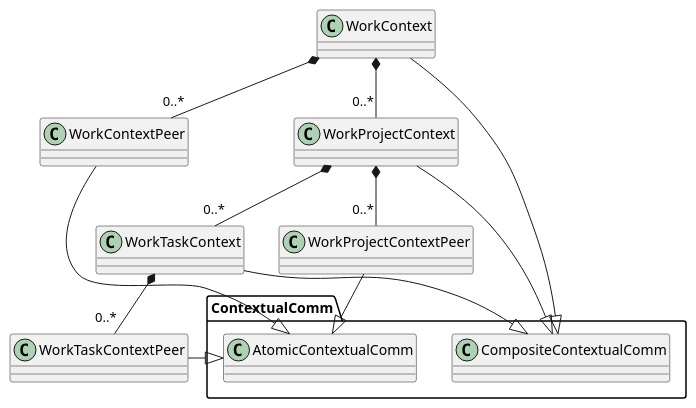
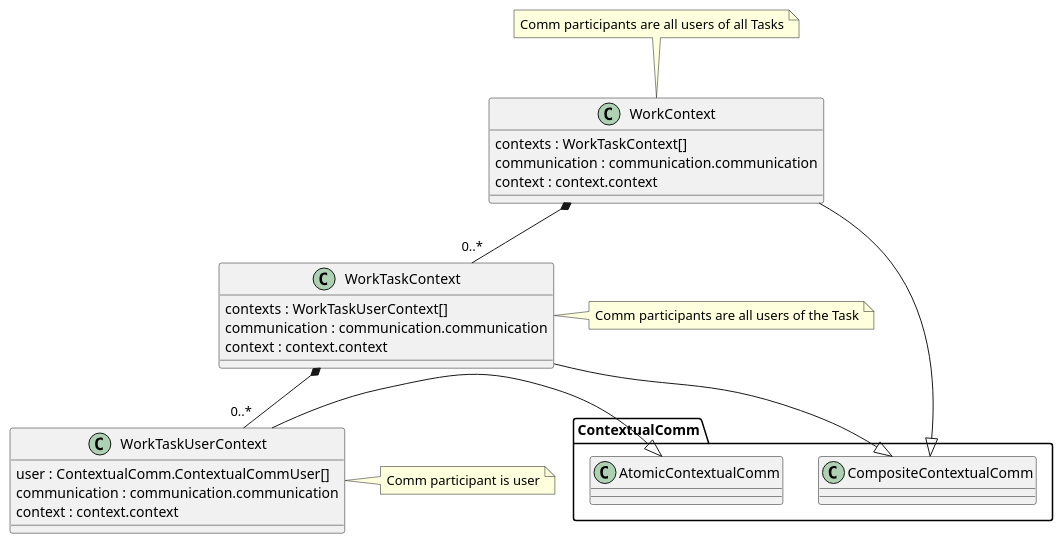
Before and after one commit to reTHINK-project/dev-smart-contextual-assistance-app: the diagram in docs/contextual-work-comm.puml, drawn with PlantUML. The commit also changed 10 other files, not shown here.

Commit message:
contextual comm model update

```diff
--- a/docs/contextual-work-comm.puml
+++ b/docs/contextual-work-comm.puml
@@ -1,29 +1,38 @@
 @startuml "work-context-design.png"
 
   class WorkContext {
+  contexts : WorkTaskContext[]
+  communication : communication.communication
+  context : context.context
   }
 
-  class WorkProjectContext {
+  note top : Comm participants are all users of all Tasks
+
+  class WorkTaskContext {
+  contexts : WorkTaskUserContext[]
+  communication : communication.communication
+  context : context.context
   }
 
-  class WorkTaskContext {
+  note right : Comm participants are all users of the Task
+
+  class WorkTaskUserContext {
+  user : ContextualComm.ContextualCommUser[]
+  communication : communication.communication
+  context : context.context
   }
+
+  note right : Comm participant is user
+
 
   WorkContext -|> ContextualComm.CompositeContextualComm
 
-	WorkContext *-down- "0..*" WorkProjectContext
-	WorkProjectContext *-down- "0..*" WorkTaskContext
+	WorkContext *-down- "0..*" WorkTaskContext
 
-
-  WorkProjectContext -|> ContextualComm.CompositeContextualComm
   WorkTaskContext -|> ContextualComm.CompositeContextualComm
 
-	WorkTaskContext *-- "0..*" WorkTaskContextPeer
-	WorkProjectContext *-- "0..*" WorkProjectContextPeer
-	WorkContext *-- "0..*" WorkContextPeer
+	WorkTaskContext *-- "0..*" WorkTaskUserContext
 
-	WorkTaskContextPeer -|> ContextualComm.AtomicContextualComm
-  WorkProjectContextPeer -|> ContextualComm.AtomicContextualComm
-  WorkContextPeer -|> ContextualComm.AtomicContextualComm
+	WorkTaskUserContext -|> ContextualComm.AtomicContextualComm
 
 @enduml
```
